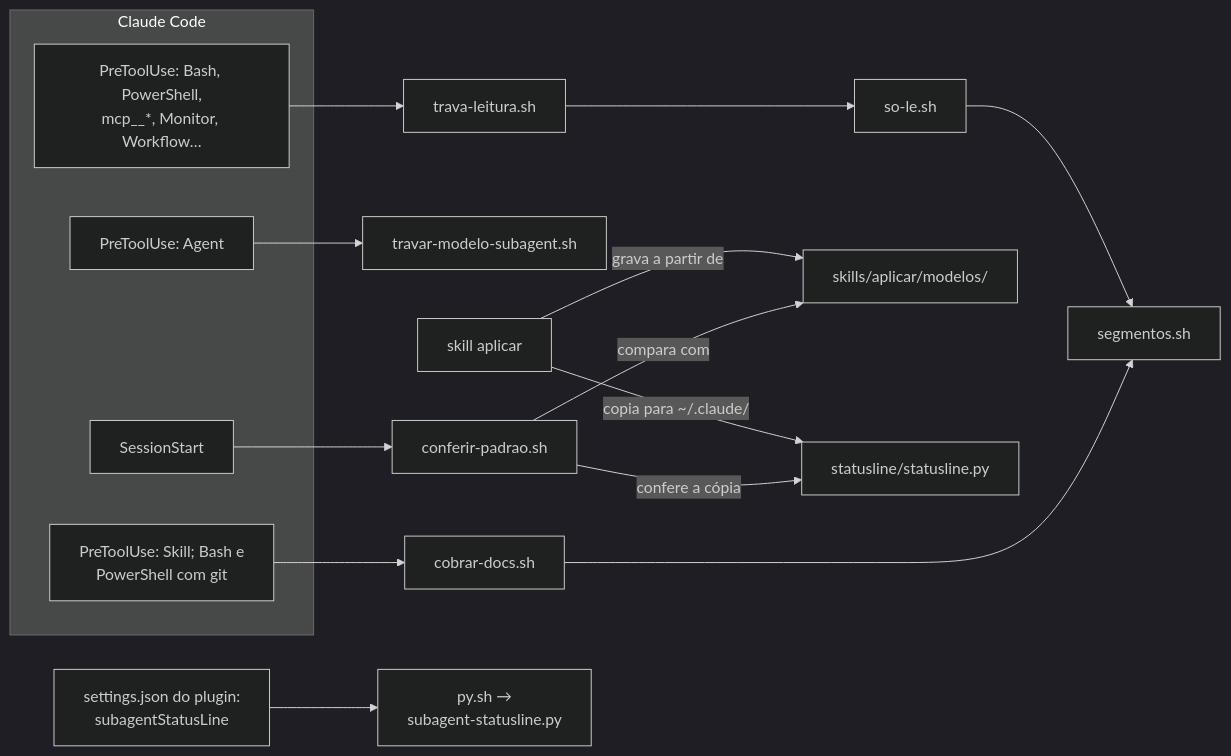
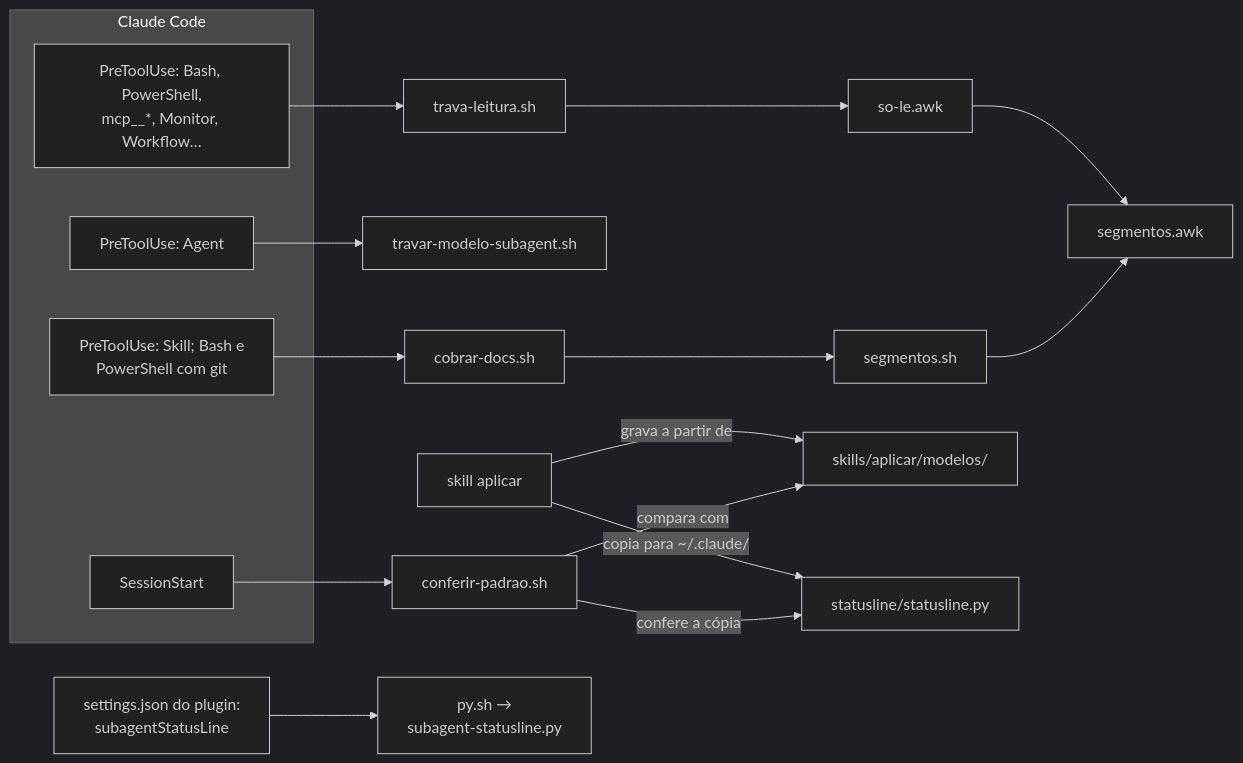
One commit to Kortek-Tecnologia/claude-padrao changed the first of 5 diagrams in docs/como-funciona.md. Above: the diagram before and after it, drawn with Mermaid (dark theme). The commit also changed other lines of this file and 14 other files, not shown here.

First line of the commit message:
padrao 2.6.0: trava de leitura num awk só, casos difíceis do revisor, Windows reprova no CI

````diff
--- a/docs/como-funciona.md
+++ b/docs/como-funciona.md
@@ -8,18 +8,18 @@
 ```mermaid
 flowchart LR
   subgraph CC["Claude Code"]
     SS["SessionStart"]
     AG["PreToolUse: Agent"]
     BT["PreToolUse: Bash, PowerShell,<br/>mcp__*, Monitor, Workflow…"]
     GC["PreToolUse: Skill; Bash e<br/>PowerShell com git"]
   end
   SS --> CP["conferir-padrao.sh"]
   AG --> TM["travar-modelo-subagent.sh"]
-  BT --> TL["trava-leitura.sh"] --> SL["so-le.sh"] --> SG["segmentos.sh"]
-  GC --> CD["cobrar-docs.sh"] --> SG
+  BT --> TL["trava-leitura.sh"] --> SL["so-le.awk"] --> SG["segmentos.awk"]
+  GC --> CD["cobrar-docs.sh"] --> SH["segmentos.sh"] --> SG
   AP["skill aplicar"] -->|"grava a partir de"| MOD["skills/aplicar/modelos/"]
   CP -->|"compara com"| MOD
   AP -->|"copia para ~/.claude/"| ST["statusline/statusline.py"]
   CP -->|"confere a cópia"| ST
   PS["settings.json do plugin:<br/>subagentStatusLine"] --> SU["py.sh →<br/>subagent-statusline.py"]
 ```
````
